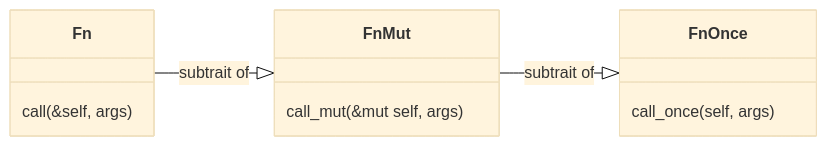
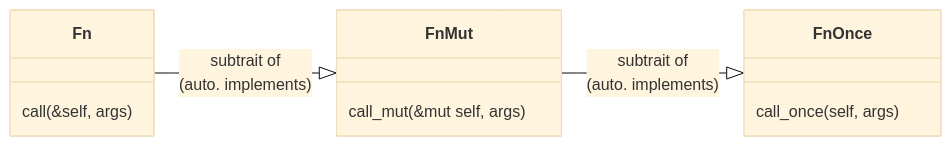
Before and after one commit to sdsc-ordes/technical-presentation: the diagram in src/presentations/part-1/includes/1-foundation/closures.md, drawn with Mermaid. The commit also changed other lines of this file and 2 other files, not shown here.

````diff
--- a/src/presentations/part-1/includes/1-foundation/closures.md
+++ b/src/presentations/part-1/includes/1-foundation/closures.md
@@ -237,27 +239,27 @@
 ```mermaid {style="width:80%"}
 %%{
   init: {
     "theme": "base",
     "themeVariables": {
       "fontFamily": "JetbrainsMono NFM"
     }
   }
 }%%
 classDiagram
 direction LR
 
-FnMut --|> FnOnce : subtrait of
-Fn --|> FnMut : subtrait of
+FnMut --|> FnOnce : subtrait of<br>(auto. implements)
+Fn --|> FnMut :  subtrait of<br>(auto. implements)
 
 class FnOnce {
     call_once(self, args)
 }
 
 class FnMut {
     call_mut(&mut self,  args)
 }
 
 class Fn {
     call(&self, args)
 }
 ```
````
